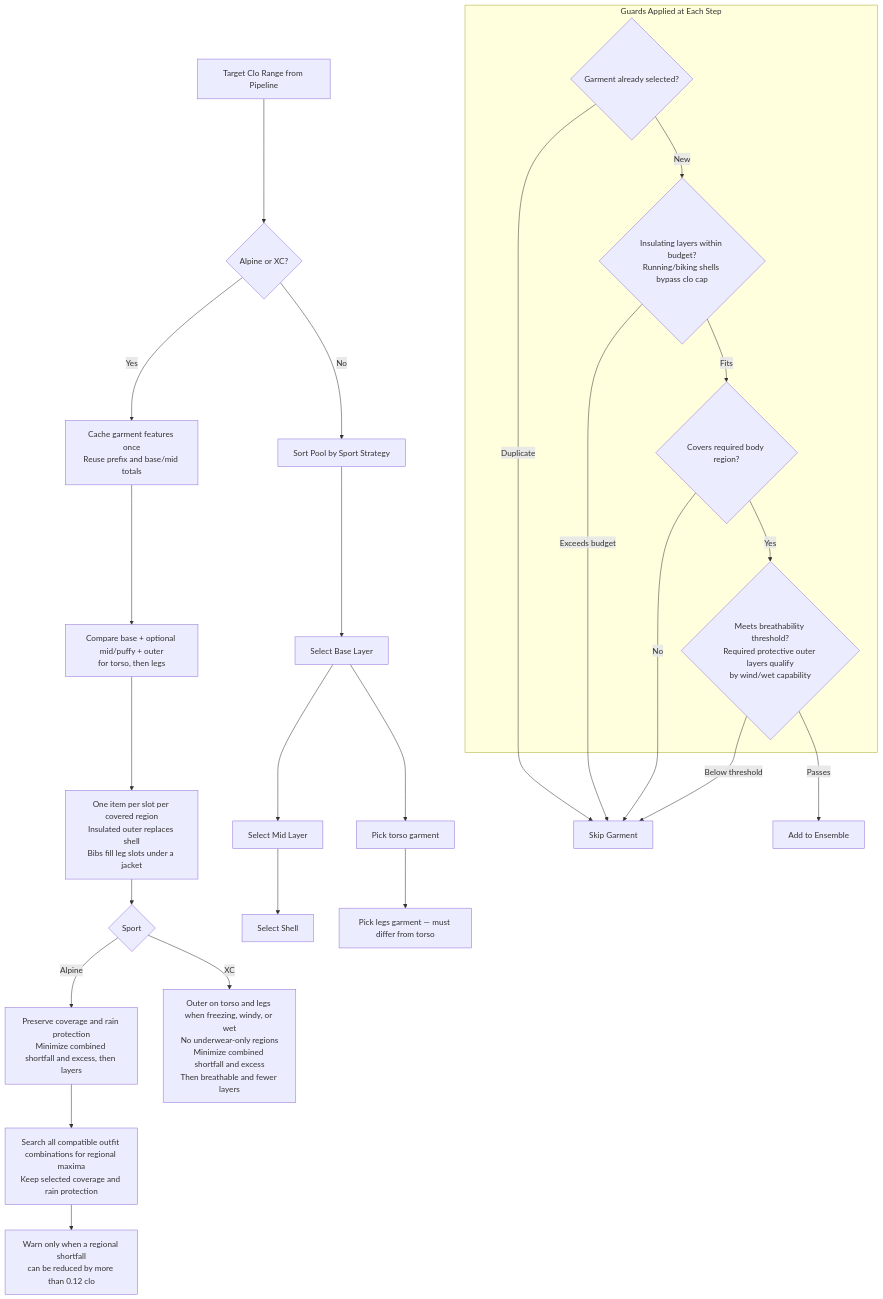
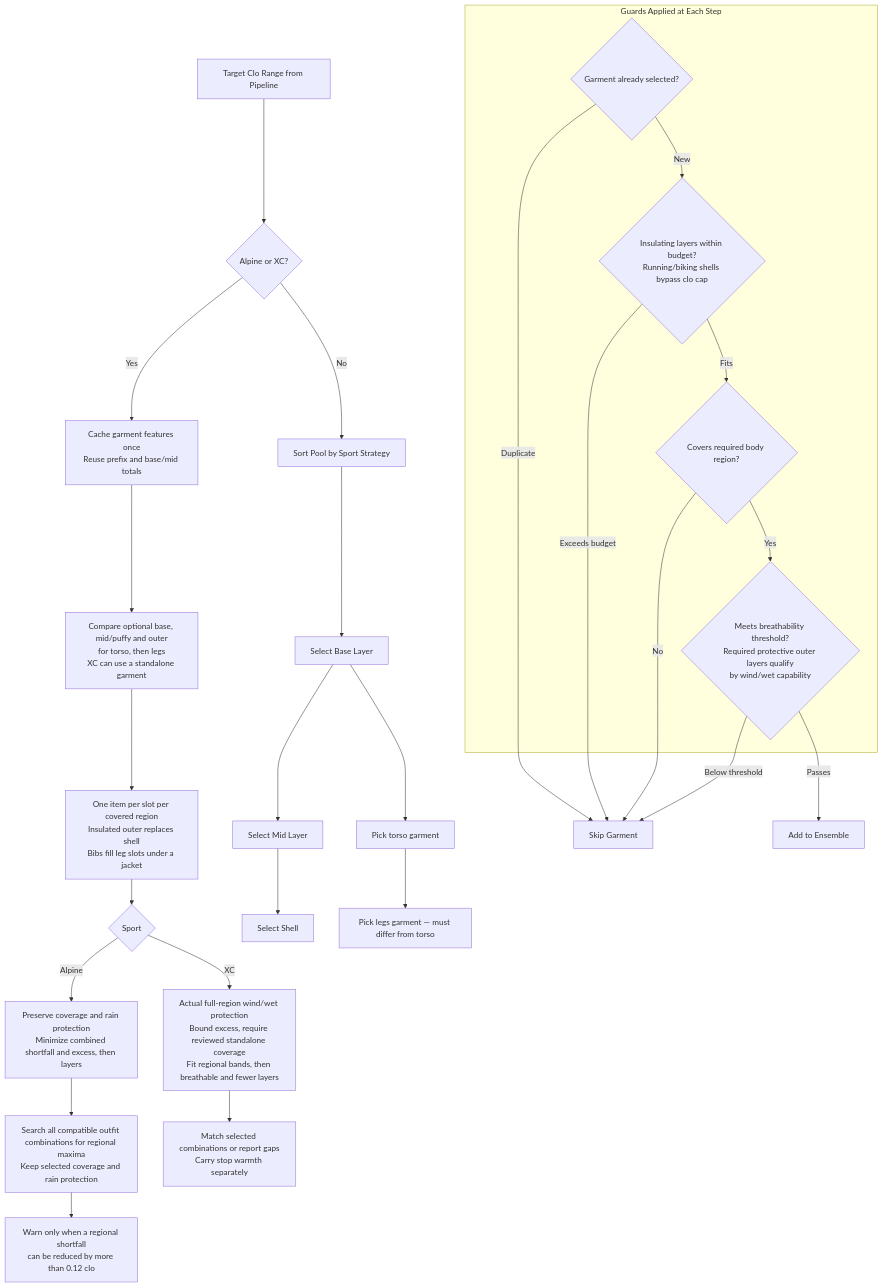
One commit to derobertsw/swttr changed the third of 7 diagrams in README.md. Above: the diagram before and after it, drawn with Mermaid. The commit also changed other lines of this file and 33 other files, not shown here.

Commit message:
Allow standalone XC outfits with condition-based protection (#248)

````diff
--- a/README.md
+++ b/README.md
@@ -137,35 +139,36 @@
 ```mermaid
 graph TD
     START[Target Clo Range from Pipeline] --> SPORT{Alpine or XC?}
     SPORT -->|Yes| CACHE[Cache garment features once<br/>Reuse prefix and base/mid totals]
-    CACHE --> COMB[Compare base + optional mid/puffy + outer<br/>for torso, then legs]
+    CACHE --> COMB[Compare optional base, mid/puffy and outer<br/>for torso, then legs<br/>XC can use a standalone garment]
     COMB --> CAP[One item per slot per covered region<br/>Insulated outer replaces shell<br/>Bibs fill leg slots under a jacket]
     CAP --> RANK{Sport}
     RANK -->|Alpine| REG[Preserve coverage and rain protection<br/>Minimize combined shortfall and excess, then layers]
     REG --> WARM[Search all compatible outfit combinations for regional maxima<br/>Keep selected coverage and rain protection]
     WARM --> WARN[Warn only when a regional shortfall<br/>can be reduced by more than 0.12 clo]
-    RANK -->|XC| XREG[Outer on torso and legs when freezing, windy, or wet<br/>No underwear-only regions<br/>Minimize combined shortfall and excess<br/>Then breathable and fewer layers]
+    RANK -->|XC| XREG[Actual full-region wind/wet protection<br/>Bound excess, require reviewed standalone coverage<br/>Fit regional bands, then breathable and fewer layers]
+    XREG --> XREQ[Match selected combinations or report gaps<br/>Carry stop warmth separately]
     SPORT -->|No| SORT[Sort Pool by Sport Strategy]
     SORT --> BASE[Select Base Layer]
     BASE --> MID[Select Mid Layer]
     MID --> SHELL[Select Shell]
 
     BASE --> T1[Pick torso garment]
     T1 --> L1[Pick legs garment — must differ from torso]
 
     subgraph "Guards Applied at Each Step"
         G1{Garment already selected?}
         G2{Insulating layers within budget?<br/>Running/biking shells bypass clo cap}
         G3{Covers required body region?}
         G4{Meets breathability threshold?<br/>Required protective outer layers qualify<br/>by wind/wet capability}
     end
 
     G1 -->|Duplicate| SKIP[Skip Garment]
     G1 -->|New| G2
     G2 -->|Exceeds budget| SKIP
     G2 -->|Fits| G3
     G3 -->|No| SKIP
     G3 -->|Yes| G4
     G4 -->|Below threshold| SKIP
     G4 -->|Passes| ADD[Add to Ensemble]
 ```
````
